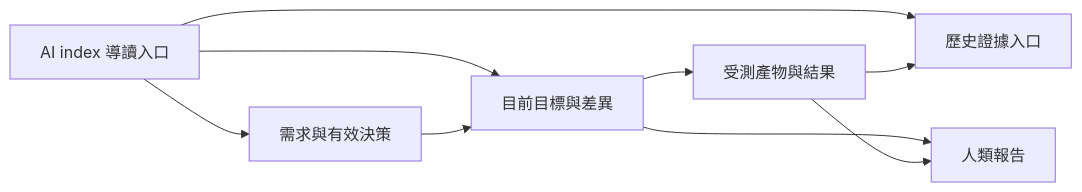
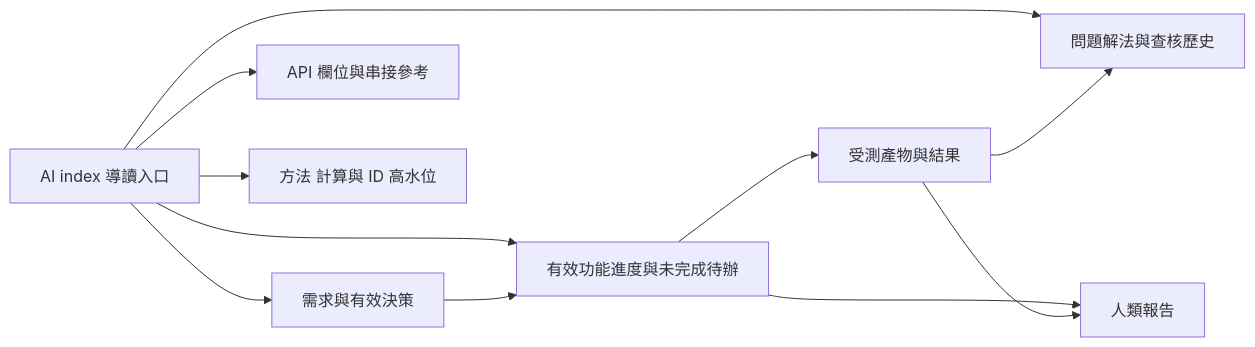
Before and after one commit to gaze9999/codex-playbook: the second of 3 diagrams in ai-workflow.md, drawn with Mermaid. The commit also changed other lines of this file and 3 other files, not shown here.

````diff
--- a/ai-workflow.md
+++ b/ai-workflow.md
@@ -67,11 +67,13 @@
 ```mermaid
 flowchart LR
     X[AI index 導讀入口] --> Q[需求與有效決策]
-    X --> C[目前目標與差異]
-    X --> H[歷史證據入口]
+    X --> C[有效功能進度與未完成待辦]
+    X --> R[API 欄位與串接參考]
+    X --> P[方法 計算與 ID 高水位]
+    X --> H[問題解法與查核歷史]
     Q --> C
     C --> E[受測產物與結果]
     E --> H
     C --> M[人類報告]
     E --> M
 ```
````
